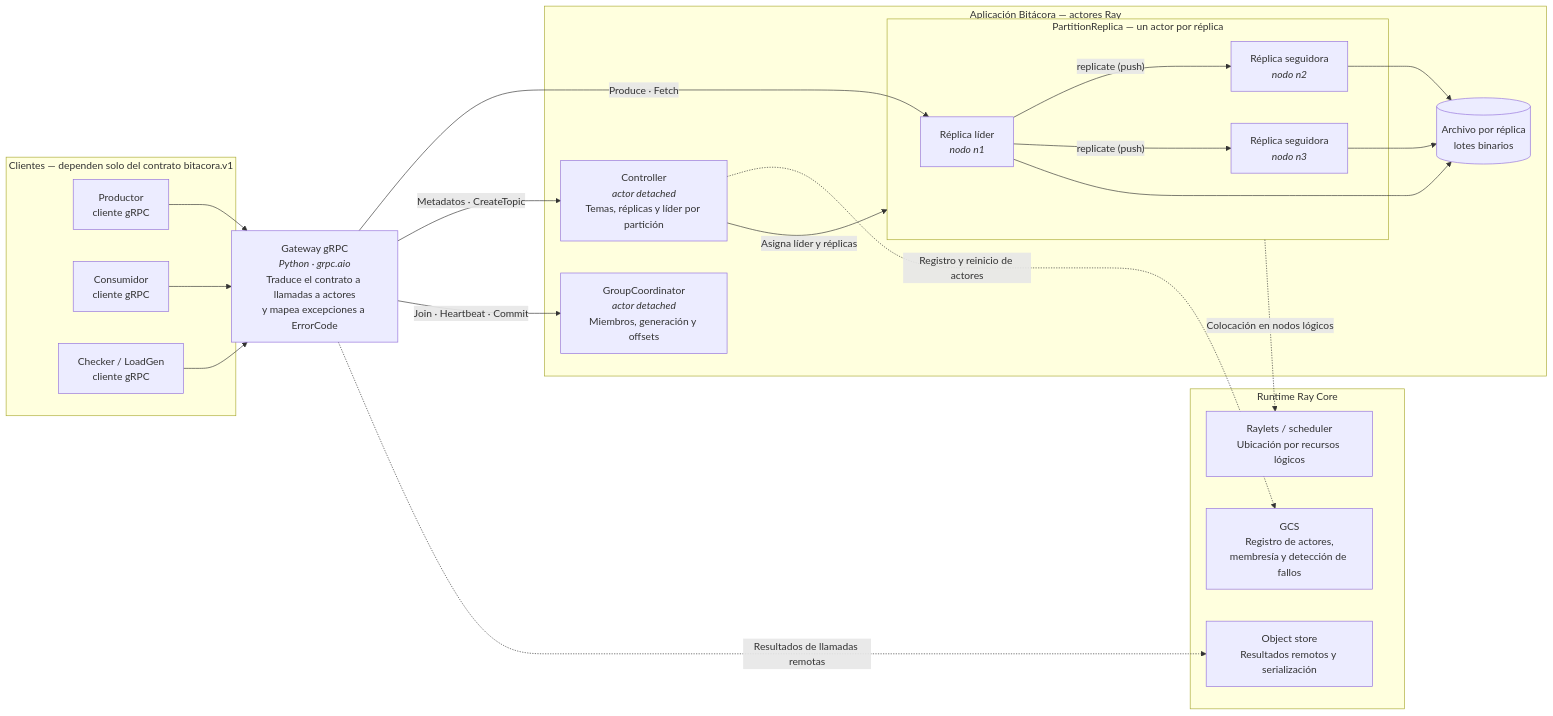
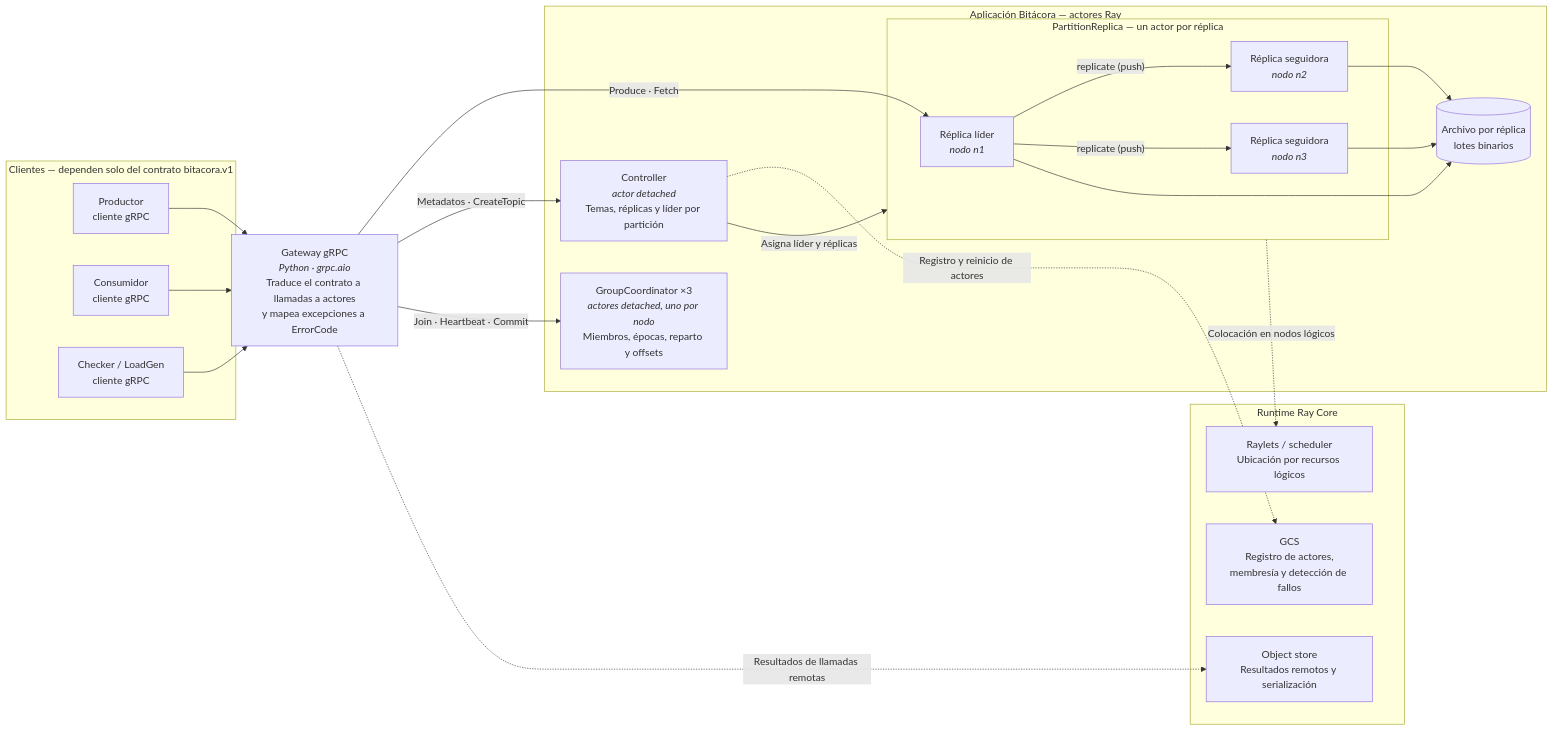
Before and after one commit to alinadelanoval/bitacora: the first of 3 diagrams in docs/phase-1-ray/dependencies.md, drawn with Mermaid. The commit also changed other lines of this file and 1 other file, not shown here.

Commit message:
docs(phase-1): describe group coordination and its limits

````diff
--- a/docs/phase-1-ray/dependencies.md
+++ b/docs/phase-1-ray/dependencies.md
@@ -39,44 +39,44 @@
 ```mermaid
 flowchart LR
     subgraph clientes["Clientes — dependen solo del contrato bitacora.v1"]
         prod["Productor<br/>cliente gRPC"]
         cons["Consumidor<br/>cliente gRPC"]
         verif["Checker / LoadGen<br/>cliente gRPC"]
     end
 
     gw["Gateway gRPC<br/><i>Python · grpc.aio</i><br/>Traduce el contrato a llamadas a actores<br/>y mapea excepciones a ErrorCode"]
 
     subgraph app["Aplicación Bitácora — actores Ray"]
         ctl["Controller<br/><i>actor detached</i><br/>Temas, réplicas y líder por partición"]
-        gc["GroupCoordinator<br/><i>actor detached</i><br/>Miembros, generación y offsets"]
+        gc["GroupCoordinator ×3<br/><i>actores detached, uno por nodo</i><br/>Miembros, épocas, reparto y offsets"]
         subgraph parts["PartitionReplica — un actor por réplica"]
             lead["Réplica líder<br/><i>nodo n1</i>"]
             f1["Réplica seguidora<br/><i>nodo n2</i>"]
             f2["Réplica seguidora<br/><i>nodo n3</i>"]
         end
         store[("Archivo por réplica<br/>lotes binarios")]
     end
 
     subgraph ray["Runtime Ray Core"]
         gcs["GCS<br/>Registro de actores,<br/>membresía y detección de fallos"]
         sched["Raylets / scheduler<br/>Ubicación por recursos lógicos"]
         objs["Object store<br/>Resultados remotos y serialización"]
     end
 
     prod --> gw
     cons --> gw
     verif --> gw
     gw -->|"Produce · Fetch"| lead
     gw -->|"Metadatos · CreateTopic"| ctl
     gw -->|"Join · Heartbeat · Commit"| gc
     ctl -->|"Asigna líder y réplicas"| parts
     lead -->|"replicate (push)"| f1
     lead -->|"replicate (push)"| f2
     lead --> store
     f1 --> store
     f2 --> store
 
     ctl -.->|"Registro y reinicio de actores"| gcs
     parts -.->|"Colocación en nodos lógicos"| sched
     gw -.->|"Resultados de llamadas remotas"| objs
 ```
````
